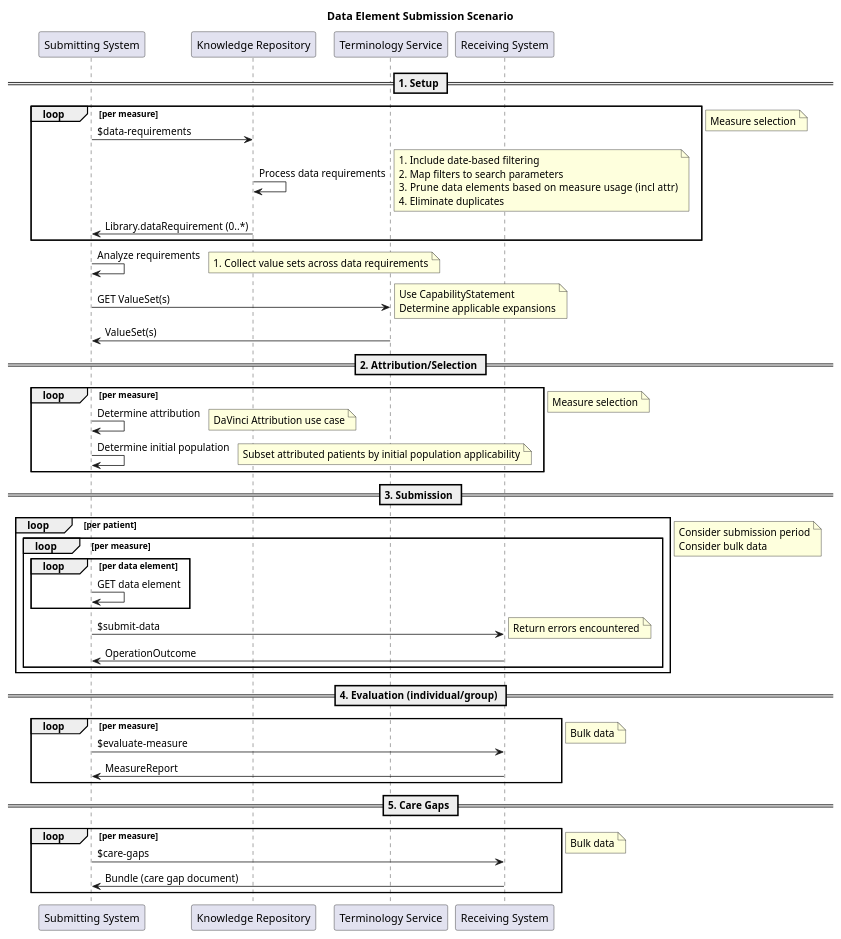
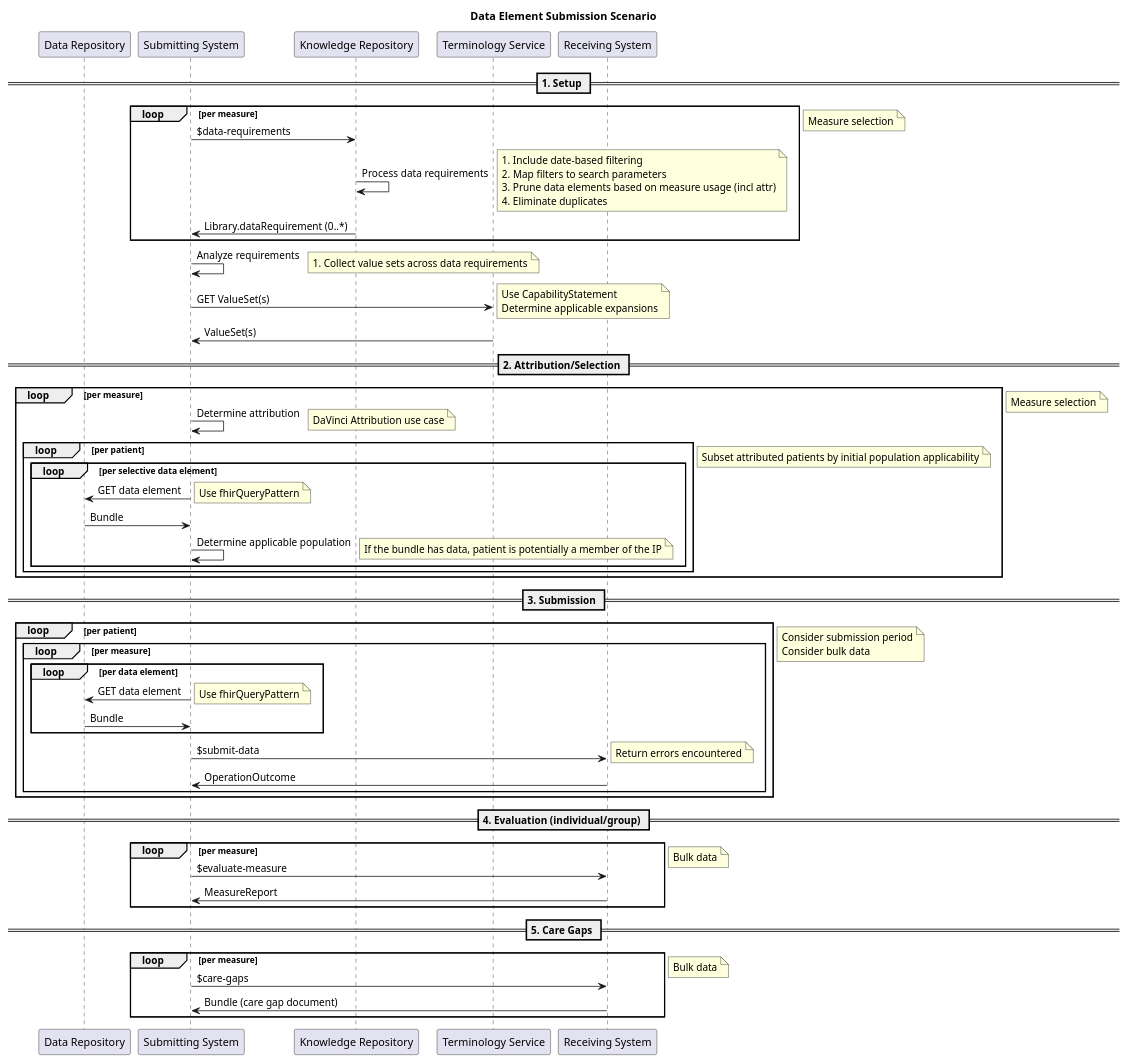
Before and after one commit to HL7/cqf-measures: the diagram in archived/diagrams/data-element-submission.puml, drawn with PlantUML. The commit also changed 2 other files, not shown here.

Commit message:
J#34882: Added "Data Repository" as a role in the data element submission scenario

```diff
--- a/archived/diagrams/data-element-submission.puml
+++ b/archived/diagrams/data-element-submission.puml
@@ -1,57 +1,68 @@
 @startuml Data_Element_Submission_Scenario
 title Data Element Submission Scenario
+participant "Data Repository" as DR
 participant "Submitting System" as Submitter
 participant "Knowledge Repository" as KR
 participant "Terminology Service" as TS
 participant "Receiving System" as Receiver
 
 == 1. Setup ==
 loop per measure
     Submitter -> KR: $data-requirements
     KR -> KR: Process data requirements
-    note right: 1. Include date-based filtering\n2. Map filters to search parameters\n3.   Prune data elements based on measure usage (incl attr)\n4. Eliminate duplicates
+    note right: 1. Include date-based filtering\n2. Map filters to search parameters\n3. Prune data elements based on measure usage (incl attr)\n4. Eliminate duplicates
     KR -> Submitter: Library.dataRequirement (0..*)
 end
 note right: Measure selection
 Submitter -> Submitter: Analyze requirements
 note right: 1. Collect value sets across data requirements
 Submitter -> TS: GET ValueSet(s)
 note right: Use CapabilityStatement\nDetermine applicable expansions
 TS -> Submitter: ValueSet(s)
 
 == 2. Attribution/Selection ==
 loop per measure
     Submitter -> Submitter: Determine attribution
     note right: DaVinci Attribution use case
-    Submitter -> Submitter: Determine initial population
+    loop per patient
+        loop per selective data element
+            Submitter -> DR: GET data element
+            note right: Use fhirQueryPattern
+            DR -> Submitter: Bundle
+            Submitter -> Submitter: Determine applicable population
+            note right: If the bundle has data, patient is potentially a member of the IP
+        end
+    end
     note right: Subset attributed patients by initial population applicability
 end
 note right: Measure selection
 
 == 3. Submission ==
 loop per patient
     loop per measure
         loop per data element
-            Submitter -> Submitter: GET data element
+            Submitter -> DR: GET data element
+            note right: Use fhirQueryPattern
+            DR -> Submitter: Bundle
         end
         Submitter -> Receiver: $submit-data
         note right: Return errors encountered
         Receiver -> Submitter: OperationOutcome
     end
 end
 note right: Consider submission period\nConsider bulk data
 
 == 4. Evaluation (individual/group) ==
 loop per measure
     Submitter -> Receiver: $evaluate-measure
     Receiver -> Submitter: MeasureReport
 end
 note right: Bulk data
 
 == 5. Care Gaps ==
 loop per measure
     Submitter -> Receiver: $care-gaps
     Receiver -> Submitter: Bundle (care gap document)
 end
 note right: Bulk data
 @enduml
```
